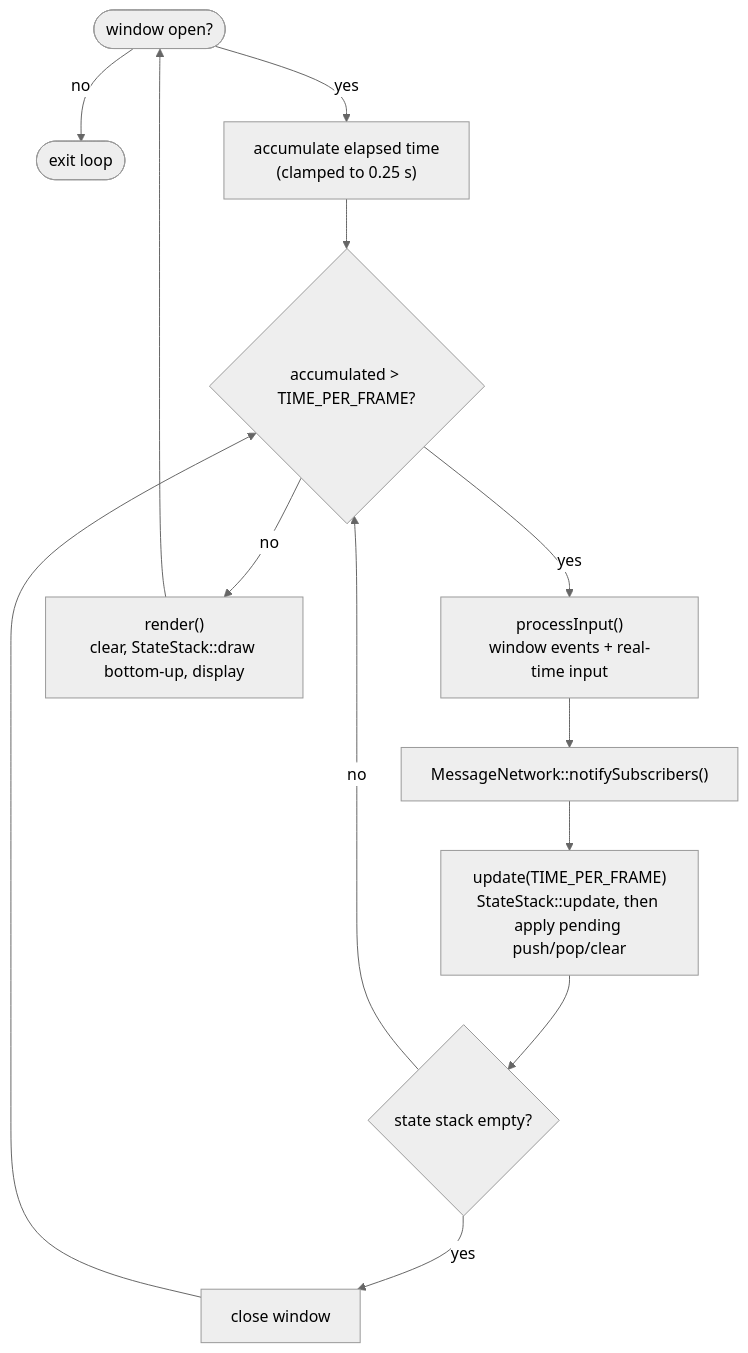
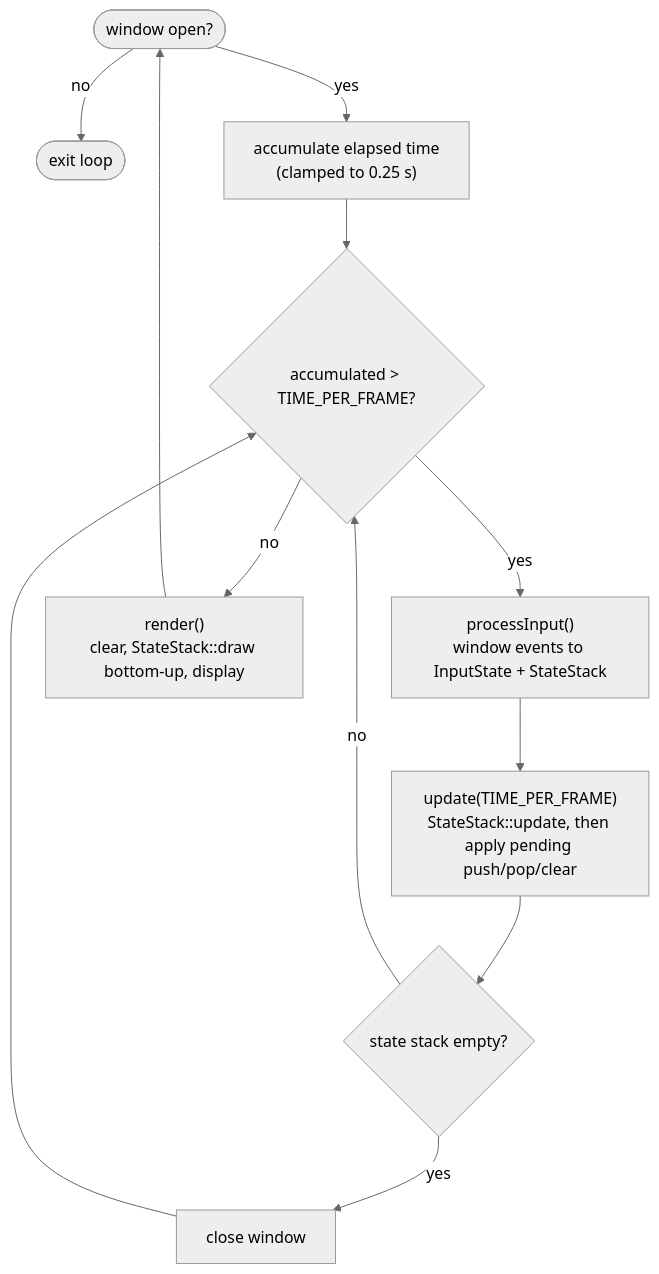
Before and after one commit to H-Matthews/Project-HCH: the eighth of 8 diagrams in ARCHITECTURE.md, drawn with Mermaid (neutral theme). The commit also changed other lines of this file and 40 other files, not shown here.

Commit message:
Ported over Project-HCH to new event system. Removed MessageNetwork, was the wrong design for a game.

````diff
--- a/ARCHITECTURE.md
+++ b/ARCHITECTURE.md
@@ -294,15 +291,14 @@
 ```mermaid
 flowchart TD
     A(["window open?"]) -->|no| Z(["exit loop"])
     A -->|yes| B["accumulate elapsed time<br/>(clamped to 0.25 s)"]
     B --> C{"accumulated &gt; TIME_PER_FRAME?"}
-    C -->|yes| D["processInput()<br/>window events + real-time input"]
-    D --> E["MessageNetwork::notifySubscribers()"]
-    E --> F["update(TIME_PER_FRAME)<br/>StateStack::update, then apply pending push/pop/clear"]
+    C -->|yes| D["processInput()<br/>window events to InputState + StateStack"]
+    D --> F["update(TIME_PER_FRAME)<br/>StateStack::update, then apply pending push/pop/clear"]
     F --> G{"state stack empty?"}
     G -->|yes| H["close window"]
     G -->|no| C
     H --> C
     C -->|no| I["render()<br/>clear, StateStack::draw bottom-up, display"]
     I --> A
 ```
````
